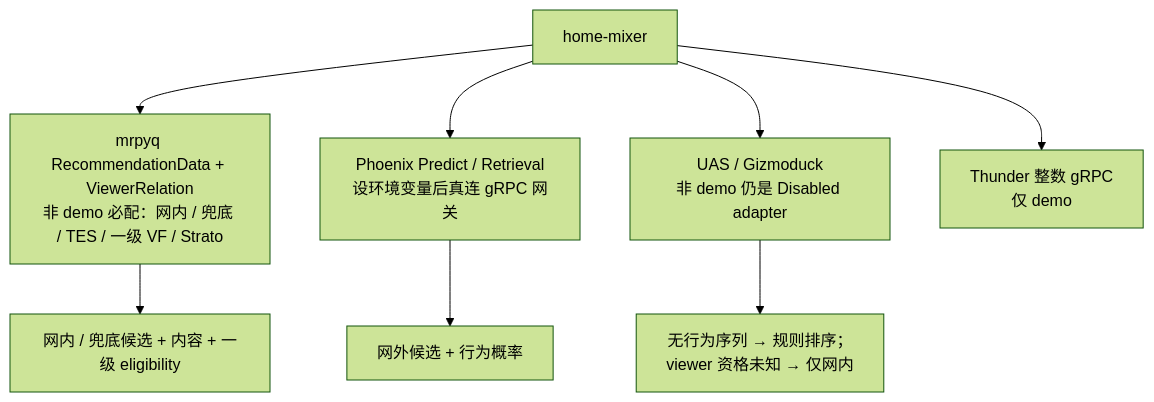
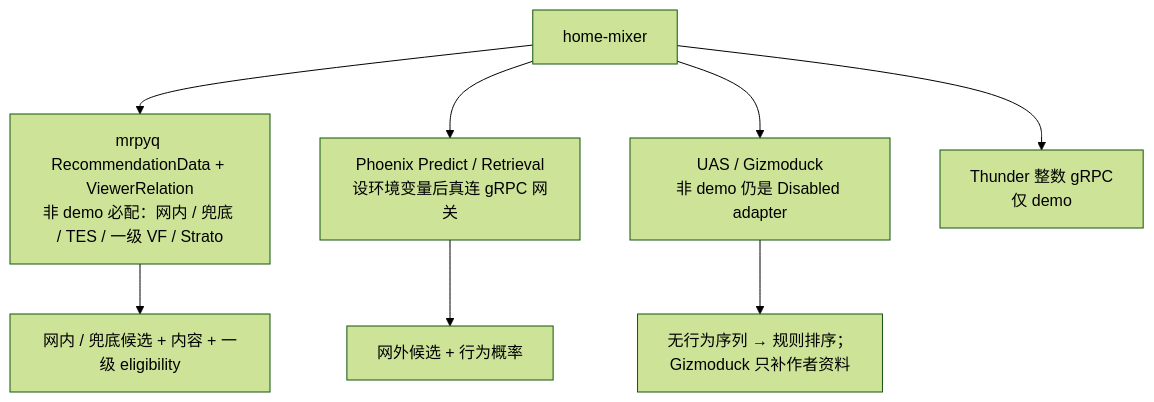
One commit to freefcw/x-algorithm changed the third of 3 diagrams in docs/home-mixer/05-external-deps-and-contracts.md. Above: the diagram before and after it, drawn with Mermaid (forest theme). The commit also changed other lines of this file and 19 other files, not shown here.

````diff
--- a/docs/home-mixer/05-external-deps-and-contracts.md
+++ b/docs/home-mixer/05-external-deps-and-contracts.md
@@ -203,10 +203,10 @@
 ```mermaid
 flowchart TD
     A["home-mixer"] --> M["mrpyq RecommendationData + ViewerRelation<br/>非 demo 必配：网内 / 兜底 / TES / 一级 VF / Strato"]
     A --> P["Phoenix Predict / Retrieval<br/>设环境变量后真连 gRPC 网关"]
     A --> C["UAS / Gizmoduck<br/>非 demo 仍是 Disabled adapter"]
     A --> T["Thunder 整数 gRPC<br/>仅 demo"]
     M --> D["网内 / 兜底候选 + 内容 + 一级 eligibility"]
     P --> E["网外候选 + 行为概率"]
-    C --> F["无行为序列 → 规则排序；<br/>viewer 资格未知 → 仅网内"]
+    C --> F["无行为序列 → 规则排序；<br/>Gizmoduck 只补作者资料"]
 ```
````
